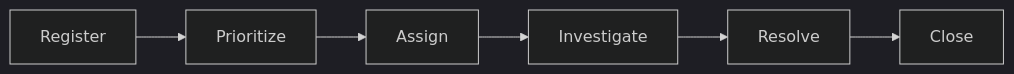
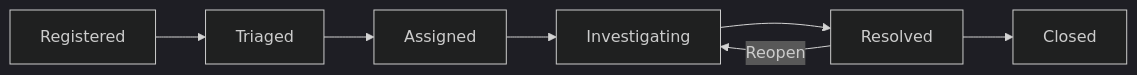
Before and after one commit to antoniojesusdelgado/management-platform-demo: the third of 8 diagrams in docs/PROCESS-MAPS.md, drawn with Mermaid (dark theme). The commit also changed other lines of this file and 51 other files, not shown here.

````diff
--- a/docs/PROCESS-MAPS.md
+++ b/docs/PROCESS-MAPS.md
@@ -28,4 +29,5 @@
 ```mermaid
 flowchart LR
-  Register --> Prioritize --> Assign --> Investigate --> Resolve --> Close
+  Registered --> Triaged --> Assigned --> Investigating --> Resolved --> Closed
+  Resolved -->|Reopen| Investigating
 ```
````
